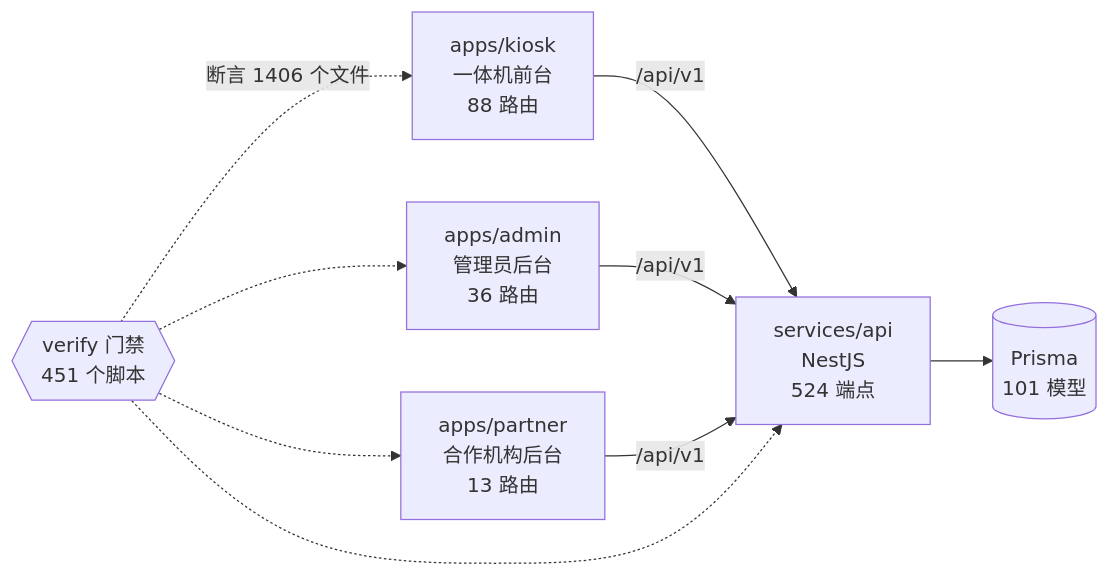
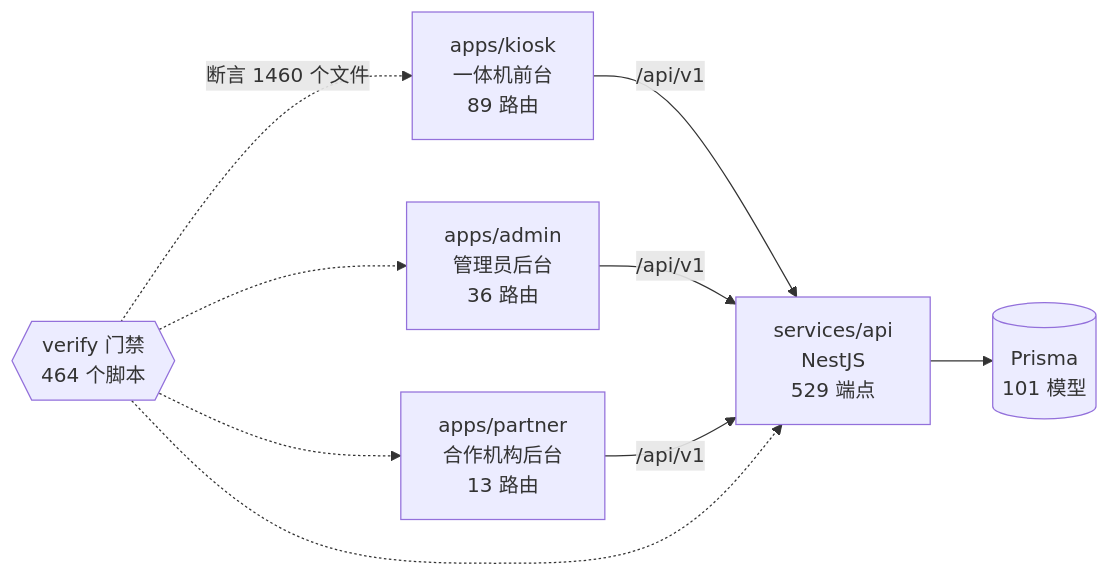
The diagram in docs/graph/README.md (wanglei581/YITIJI), drawn with Mermaid before and after one commit. The commit also changed other lines of this file and 8 other files, not shown here.

First line of the commit message:
docs(graph): refresh the R3 project graph

````diff
--- a/docs/graph/README.md
+++ b/docs/graph/README.md
@@ -68,18 +68,18 @@
 ```mermaid
 flowchart LR
-  kiosk["apps/kiosk<br/>一体机前台<br/>88 路由"]
+  kiosk["apps/kiosk<br/>一体机前台<br/>89 路由"]
   admin["apps/admin<br/>管理员后台<br/>36 路由"]
   partner["apps/partner<br/>合作机构后台<br/>13 路由"]
-  api["services/api<br/>NestJS<br/>524 端点"]
+  api["services/api<br/>NestJS<br/>529 端点"]
   db[("Prisma<br/>101 模型")]
-  gates{{"verify 门禁<br/>451 个脚本"}}
+  gates{{"verify 门禁<br/>464 个脚本"}}
 
   kiosk -->|"/api/v1"| api
   admin -->|"/api/v1"| api
   partner -->|"/api/v1"| api
   api --> db
-  gates -.->|"断言 1406 个文件"| kiosk
+  gates -.->|"断言 1460 个文件"| kiosk
   gates -.-> admin
   gates -.-> partner
   gates -.-> api
 ```
````
